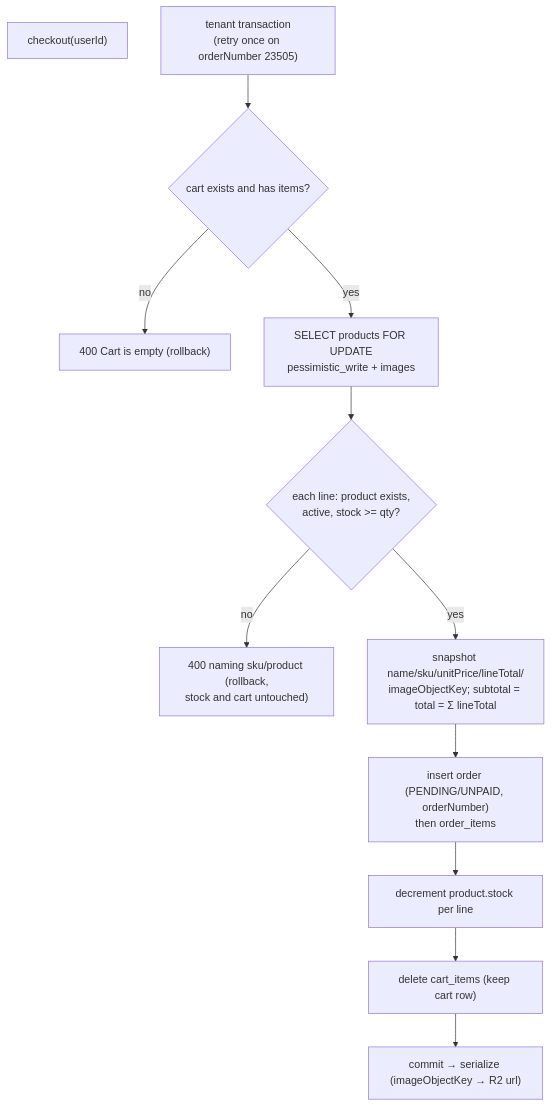
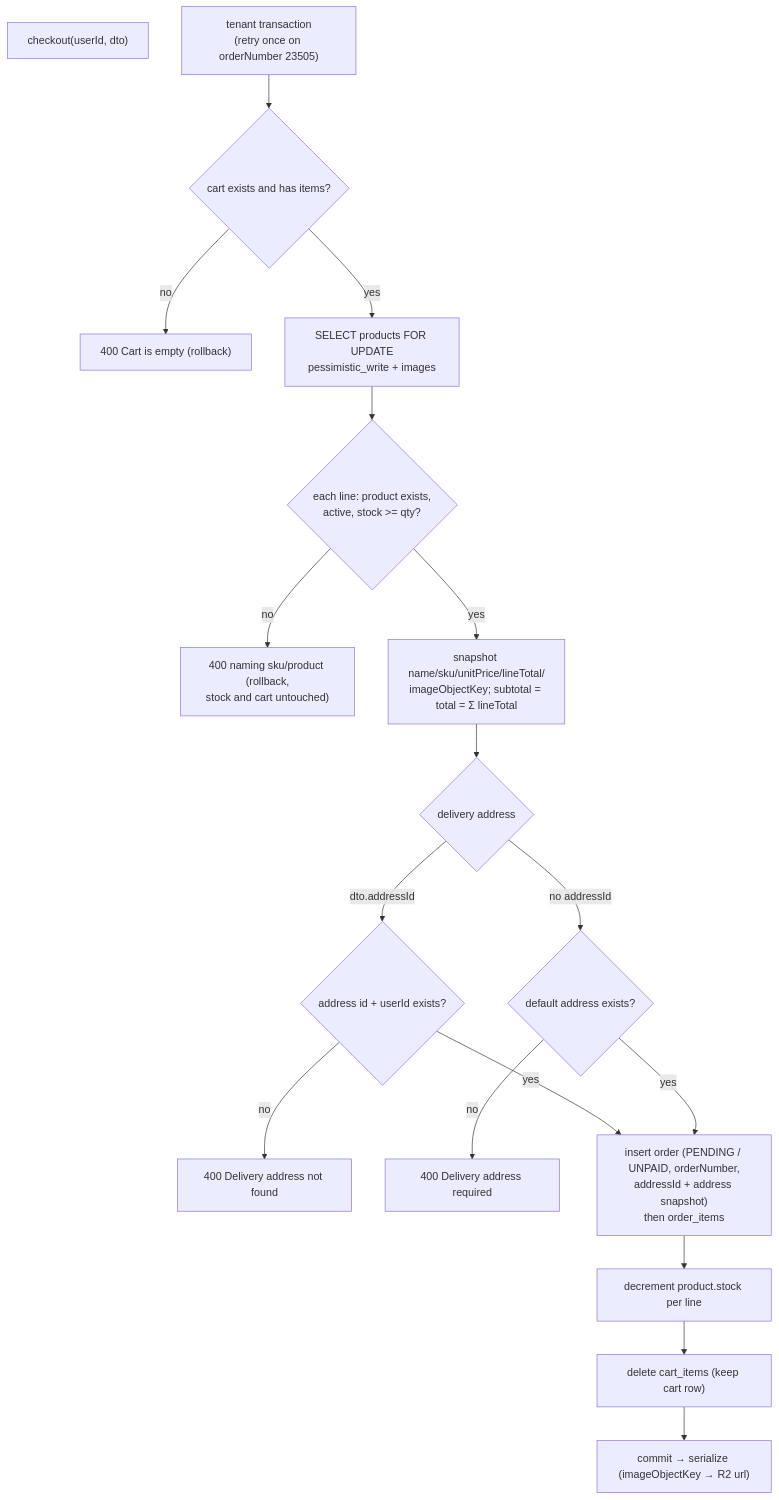
Before and after one commit to DevBassel/saas_commerce: the second of 3 diagrams in apps/api/src/modules/orders/workflow.md, drawn with Mermaid. The commit also changed other lines of this file and 100 other files, not shown here.

````diff
--- a/apps/api/src/modules/orders/workflow.md
+++ b/apps/api/src/modules/orders/workflow.md
@@ -32,14 +37,18 @@
 ```mermaid
 flowchart TD
-    CO["checkout(userId)"]
+    CO["checkout(userId, dto)"]
         C0["tenant transaction<br/>(retry once on orderNumber 23505)"] --> C1{"cart exists and has items?"}
         C1 -->|"no"| C1E["400 Cart is empty (rollback)"]
         C1 -->|"yes"| C2["SELECT products FOR UPDATE<br/>pessimistic_write + images"]
         C2 --> C3{"each line: product exists,<br/>active, stock >= qty?"}
         C3 -->|"no"| C3E["400 naming sku/product (rollback,<br/>stock and cart untouched)"]
         C3 -->|"yes"| C4["snapshot name/sku/unitPrice/lineTotal/<br/>imageObjectKey; subtotal = total = Σ lineTotal"]
-        C4 --> C5["insert order (PENDING/UNPAID, orderNumber)<br/>then order_items"]
-        C5 --> C6["decrement product.stock per line"]
-        C6 --> C7["delete cart_items (keep cart row)"]
-        C7 --> C8["commit → serialize (imageObjectKey → R2 url)"]
+        C4 --> C5{"delivery address"}
+        C5 -->|"dto.addressId"| C5A{"address id + userId exists?"} -->|"no"| C5E["400 Delivery address not found"]
+        C5 -->|"no addressId"| C5B{"default address exists?"} -->|"no"| C5F["400 Delivery address required"]
+        C5A -->|"yes"| C6
+        C5B -->|"yes"| C6["insert order (PENDING / UNPAID, orderNumber,<br/>addressId + address snapshot)<br/>then order_items"]
+        C6 --> C7["decrement product.stock per line"]
+        C7 --> C8["delete cart_items (keep cart row)"]
+        C8 --> C9["commit → serialize (imageObjectKey → R2 url)"]
 ```
````
